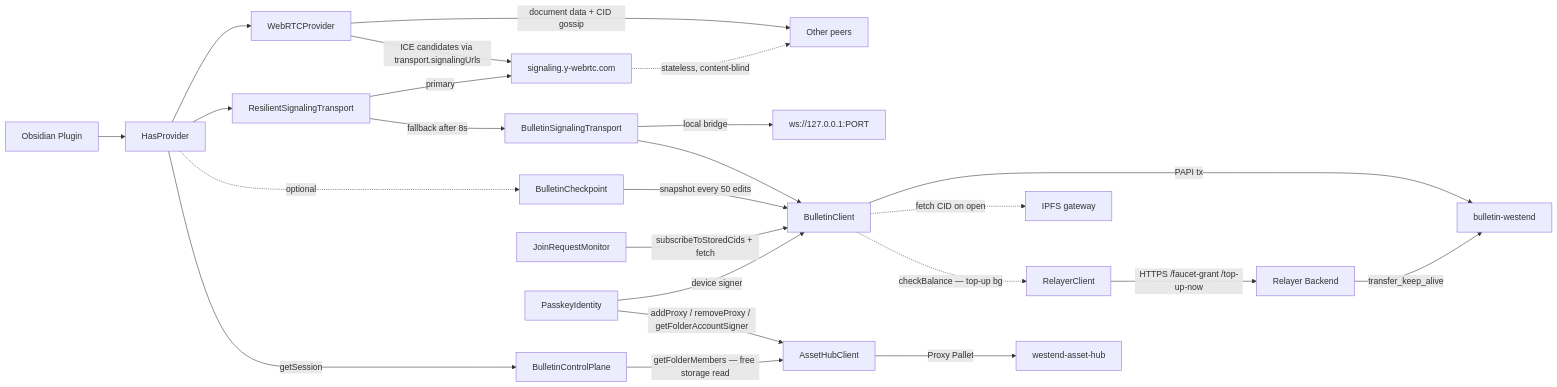
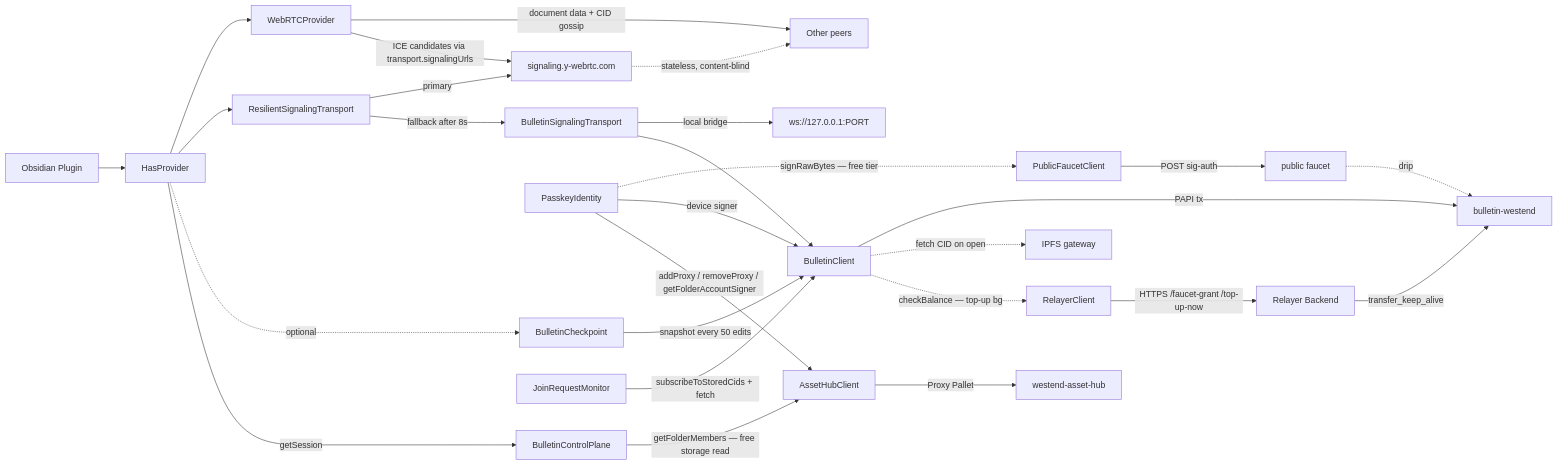
The second of 8 diagrams in README.md (luzanikita/decentralized-relay), drawn with Mermaid before and after one commit. The commit also changed other lines of this file, not shown here.

Commit message:
docs: update README — direct faucet architecture, PublicFaucetClient class diagram, Phase 7 files table

````diff
--- a/README.md
+++ b/README.md
@@ -29,26 +29,29 @@
 ```mermaid
 graph LR
     A[Obsidian Plugin] --> B[HasProvider]
     B --> C[WebRTCProvider]
     B --> T[ResilientSignalingTransport]
     T -->|primary| D[signaling.y-webrtc.com]
     T -->|fallback after 8s| BST[BulletinSignalingTransport]
     BST -->|local bridge| LWS[ws://127.0.0.1:PORT]
     C -->|document data + CID gossip| E[Other peers]
     C -->|ICE candidates via transport.signalingUrls| D
     D -.->|stateless, content-blind| E
     B -.->|optional| F[BulletinCheckpoint]
     F -->|snapshot every 50 edits| G[BulletinClient]
     G -->|PAPI tx| H[bulletin-westend]
     G -.->|fetch CID on open| I[IPFS gateway]
     G -.->|checkBalance — top-up bg| RC[RelayerClient]
     RC -->|HTTPS /faucet-grant /top-up-now| RB[Relayer Backend]
     RB -->|transfer_keep_alive| H
+    PK -.->|signRawBytes — free tier| PFC[PublicFaucetClient]
+    PFC -->|POST sig-auth| WF[public faucet]
+    WF -.->|drip| H
     BST --> G
     AH -->|Proxy Pallet| AHC[westend-asset-hub]
     B -->|getSession| BCP[BulletinControlPlane]
     JRM[JoinRequestMonitor] -->|subscribeToStoredCids + fetch| G
     PK[PasskeyIdentity] -->|device signer| G
     BCP -->|getFolderMembers — free storage read| AH
     PK -->|addProxy / removeProxy / getFolderAccountSigner| AH[AssetHubClient]
 ```
````
